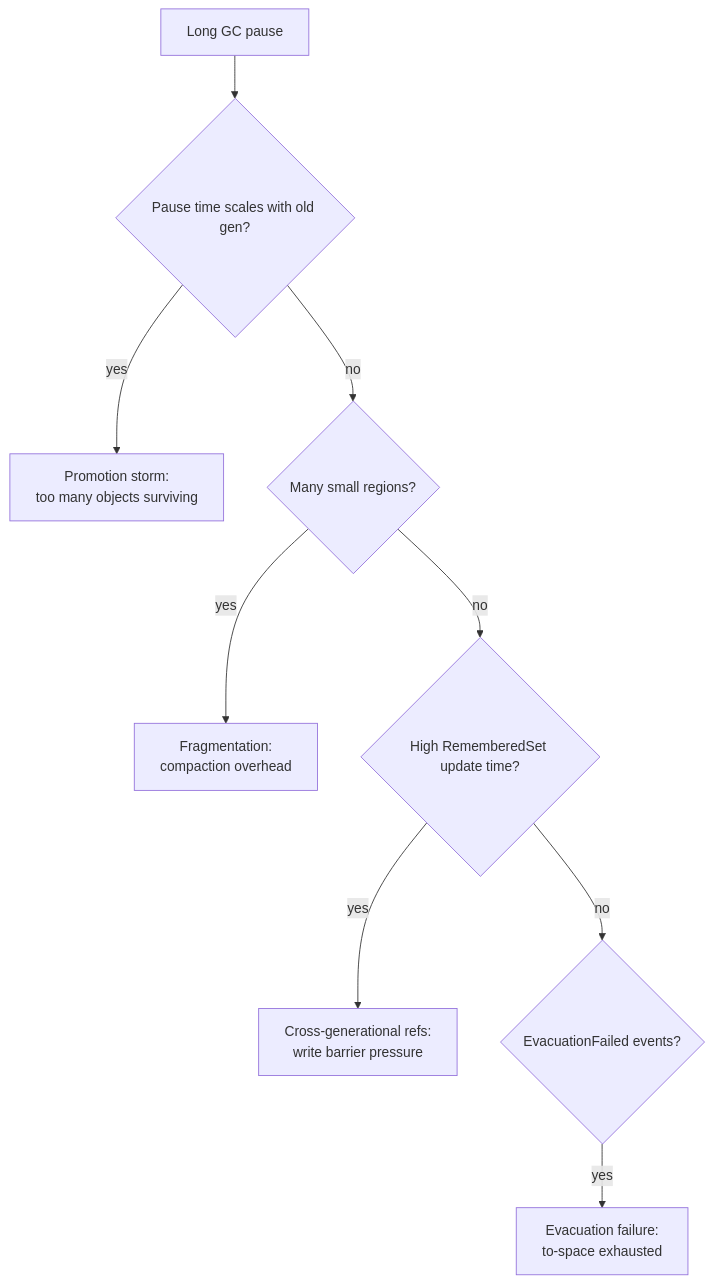
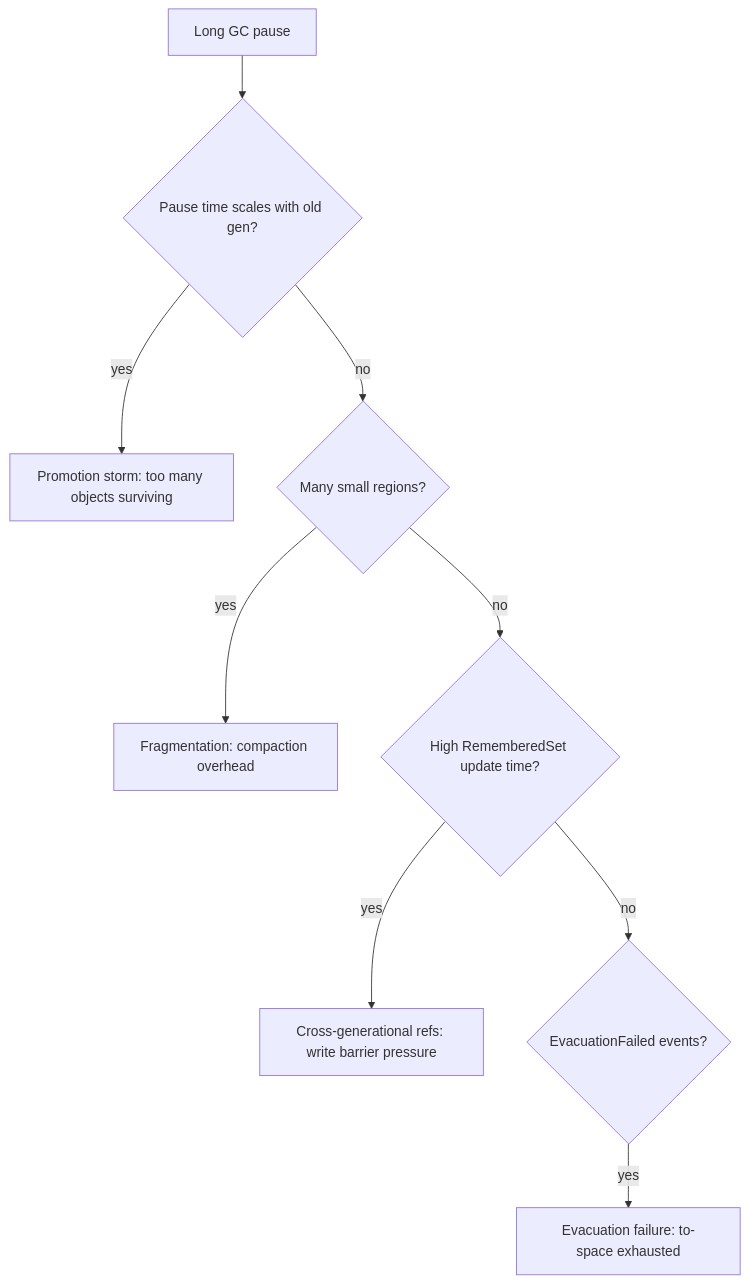
One commit to pedanticdev/trader-stream-ee changed the fourth of 5 diagrams in workshop/WORKSHOP.md. Above: the diagram before and after it, drawn with Mermaid. The commit also changed other lines of this file and 45 other files, not shown here.

````diff
--- a/workshop/WORKSHOP.md
+++ b/workshop/WORKSHOP.md
@@ -230,11 +248,11 @@
 ```mermaid
 flowchart TB
-    P[Long GC pause] --> Q1{Pause time scales with old gen?}
-    Q1 -->|yes| PS[Promotion storm:<br/>too many objects surviving]
-    Q1 -->|no| Q2{Many small regions?}
-    Q2 -->|yes| FR[Fragmentation:<br/>compaction overhead]
-    Q2 -->|no| Q3{High RememberedSet update time?}
-    Q3 -->|yes| RS[Cross-generational refs:<br/>write barrier pressure]
-    Q3 -->|no| Q4{EvacuationFailed events?}
-    Q4 -->|yes| EF[Evacuation failure:<br/>to-space exhausted]
+    P[Long GC pause] --> Q1{"Pause time scales with old gen?"}
+    Q1 -->|yes| PS["Promotion storm: too many objects surviving"]
+    Q1 -->|no| Q2{"Many small regions?"}
+    Q2 -->|yes| FR["Fragmentation: compaction overhead"]
+    Q2 -->|no| Q3{"High RememberedSet update time?"}
+    Q3 -->|yes| RS["Cross-generational refs: write barrier pressure"]
+    Q3 -->|no| Q4{"EvacuationFailed events?"}
+    Q4 -->|yes| EF["Evacuation failure: to-space exhausted"]
 ```
````
